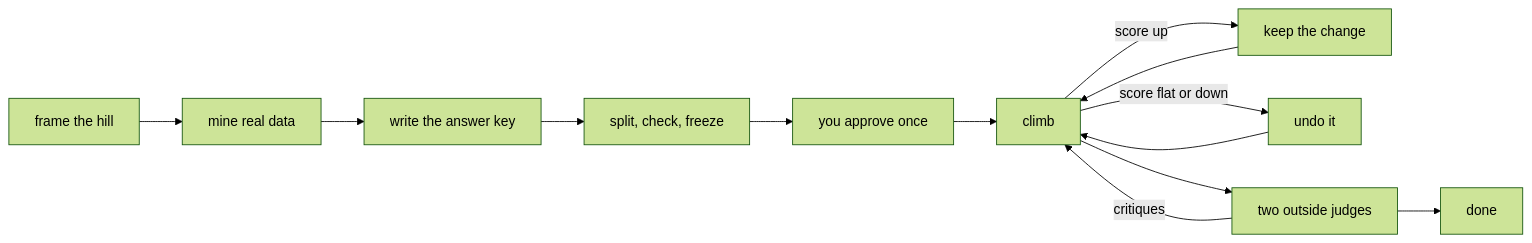
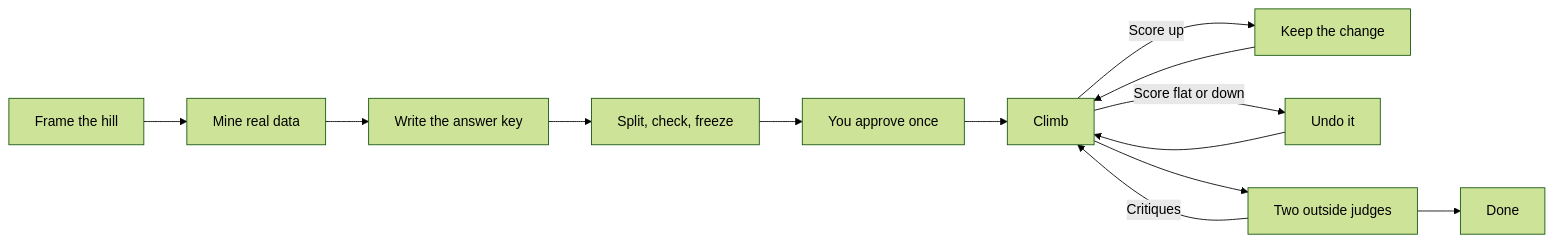
The diagram in docs/hill-climb.md (lennoxsaint/Skills), drawn with Mermaid (forest theme) before and after one commit. The commit also changed other lines of this file and 24 other files, not shown here.

````diff
--- a/docs/hill-climb.md
+++ b/docs/hill-climb.md
@@ -29,15 +29,15 @@
 ```mermaid
 flowchart LR
-  A[frame the hill] --> B[mine real data]
-  B --> C[write the answer key]
-  C --> D[split, check, freeze]
-  D --> E[you approve once]
-  E --> F[climb]
-  F -->|score up| G[keep the change]
-  F -->|score flat or down| H[undo it]
+  A[Frame the hill] --> B[Mine real data]
+  B --> C[Write the answer key]
+  C --> D[Split, check, freeze]
+  D --> E[You approve once]
+  E --> F[Climb]
+  F -->|Score up| G[Keep the change]
+  F -->|Score flat or down| H[Undo it]
   G --> F
   H --> F
-  F --> I[two outside judges]
-  I -->|critiques| F
-  I --> J[done]
+  F --> I[Two outside judges]
+  I -->|Critiques| F
+  I --> J[Done]
 ```
````
